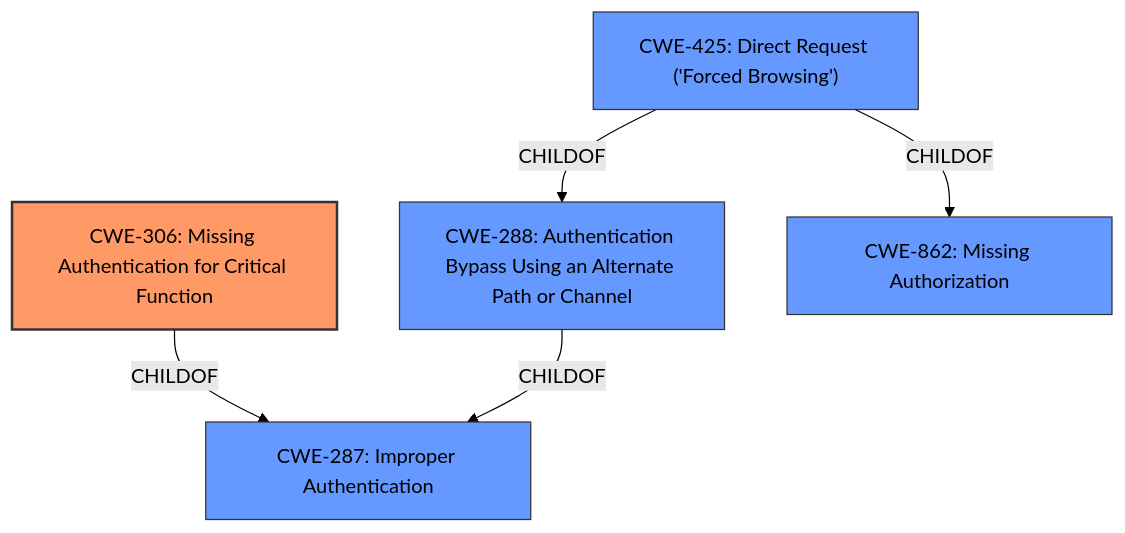
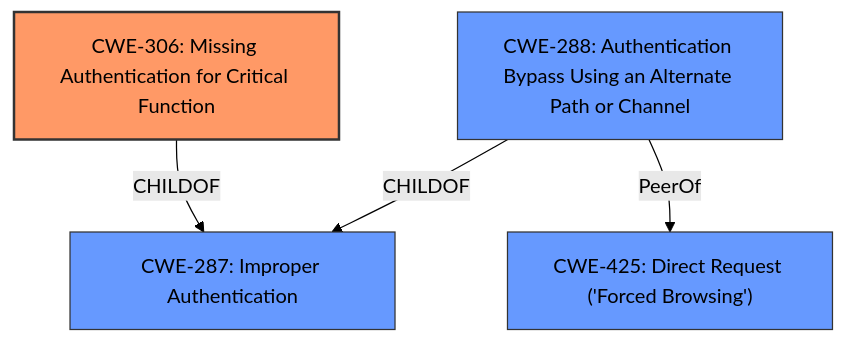
One commit to CyberSecAI/cwe_agent_assign_reports_2023 changed the diagram in CVE-2021-37415/CVE-2021-37415_analysis.md. Above: the diagram before and after it, drawn with Mermaid (forest theme). The commit also changed other lines of this file and 902 other files, not shown here.

````diff
--- a/CVE-2021-37415/CVE-2021-37415_analysis.md
+++ b/CVE-2021-37415/CVE-2021-37415_analysis.md
@@ -19,19 +18,17 @@
 ```mermaid
 graph TD
     cwe306["CWE-306: Missing Authentication for Critical Function"]
     cwe287["CWE-287: Improper Authentication"]
     cwe288["CWE-288: Authentication Bypass Using an Alternate Path or Channel"]
     cwe425["CWE-425: Direct Request ('Forced Browsing')"]
-    cwe862["CWE-862: Missing Authorization"]
     
     cwe306 -->|CHILDOF| cwe287
     cwe288 -->|CHILDOF| cwe287
-    cwe425 -->|CHILDOF| cwe862
-    cwe425 -->|CHILDOF| cwe288
+    cwe288 -- PeerOf --> cwe425
     
     classDef primary fill:#f96,stroke:#333,stroke-width:2px
     classDef secondary fill:#69f,stroke:#333
     classDef tertiary fill:#9e9,stroke:#333
     class cwe306 primary
-    class cwe287,cwe288,cwe425,cwe862 secondary
+    class cwe287,cwe288,cwe425 secondary
 ```
````
